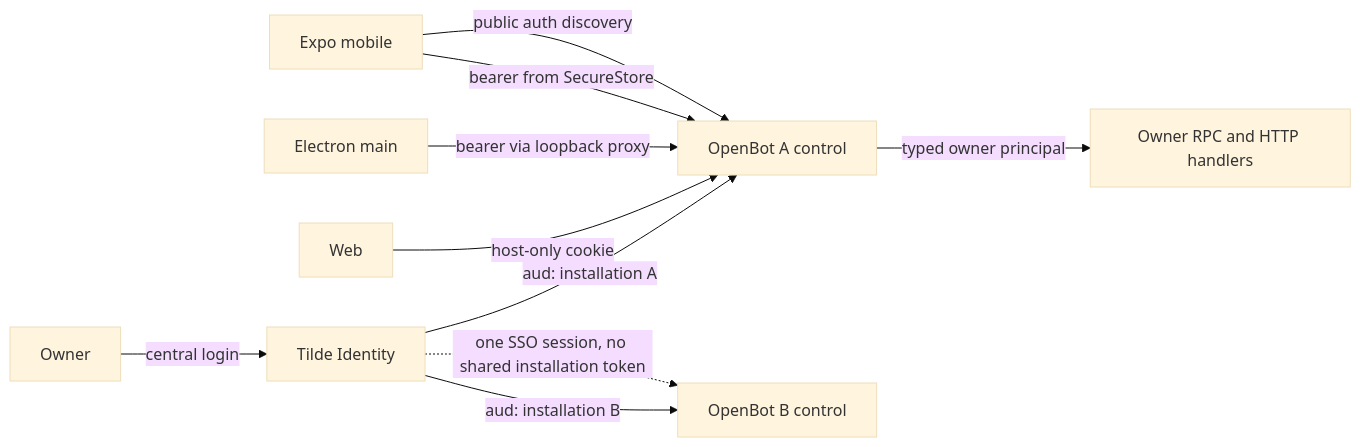
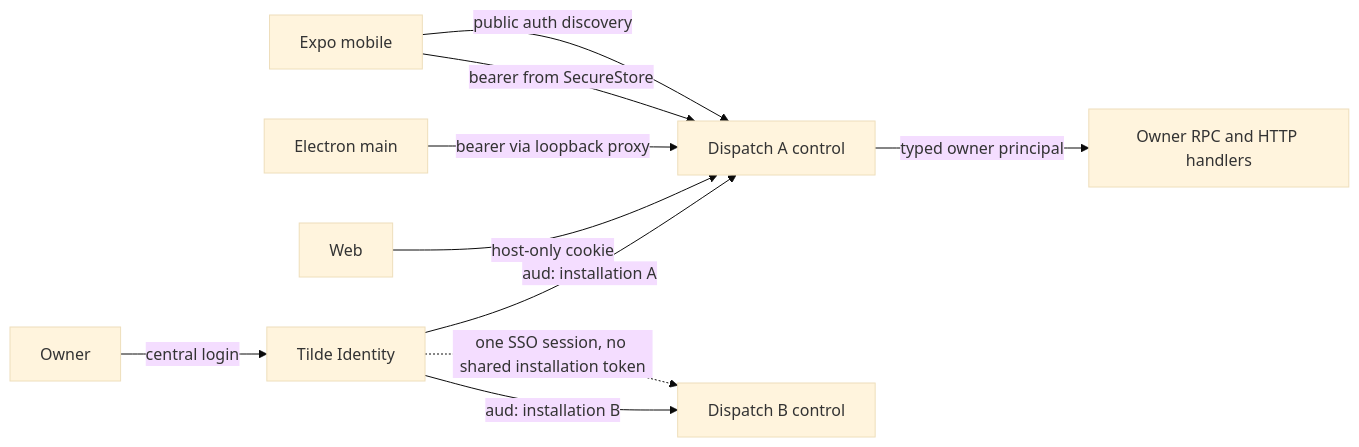
One commit to trytilde/dispatch changed the diagram in docs/adrs/0016-tilde-oidc-installation-authorization.md. Above: the diagram before and after it, drawn with Mermaid (base theme). The commit also changed other lines of this file and 668 other files, not shown here.

````diff
--- a/docs/adrs/0016-tilde-oidc-installation-authorization.md
+++ b/docs/adrs/0016-tilde-oidc-installation-authorization.md
@@ -127,12 +127,12 @@
 ```mermaid
 flowchart LR
   O["Owner"] -->|"central login"| I["Tilde Identity"]
-  I -->|"aud: installation A"| A["OpenBot A control"]
-  I -->|"aud: installation B"| B["OpenBot B control"]
+  I -->|"aud: installation A"| A["Dispatch A control"]
+  I -->|"aud: installation B"| B["Dispatch B control"]
   W["Web"] -->|"host-only cookie"| A
   E["Electron main"] -->|"bearer via loopback proxy"| A
   M["Expo mobile"] -->|"bearer from SecureStore"| A
   M -->|"public auth discovery"| A
   A -->|"typed owner principal"| C["Owner RPC and HTTP handlers"]
   I -. "one SSO session, no shared installation token" .-> B
 ```
````
